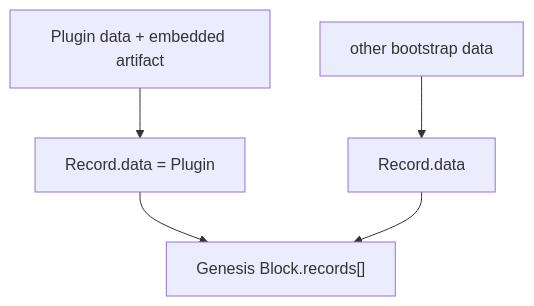
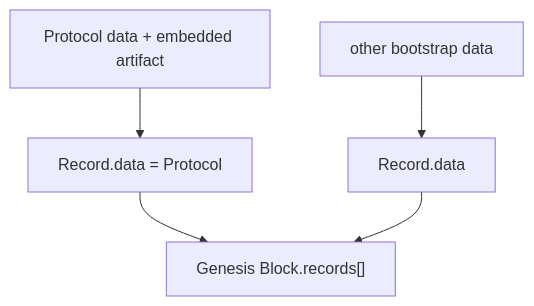
Before and after one commit to labourchain/core-plugins: the diagram in docs/genesis.md, drawn with Mermaid. The commit also changed other lines of this file and 38 other files, not shown here.

````diff
--- a/docs/genesis.md
+++ b/docs/genesis.md
@@ -23,10 +23,10 @@
 ```mermaid
 flowchart TB
-    P["Plugin data + embedded artifact"]
-    P --> PR["Record.data = Plugin"]
+    P["Protocol data + embedded artifact"]
+    P --> PR["Record.data = Protocol"]
     PR --> G["Genesis Block.records[]"]
 
     E["other bootstrap data"]
     E --> ER["Record.data"]
     ER --> G
 ```
````
